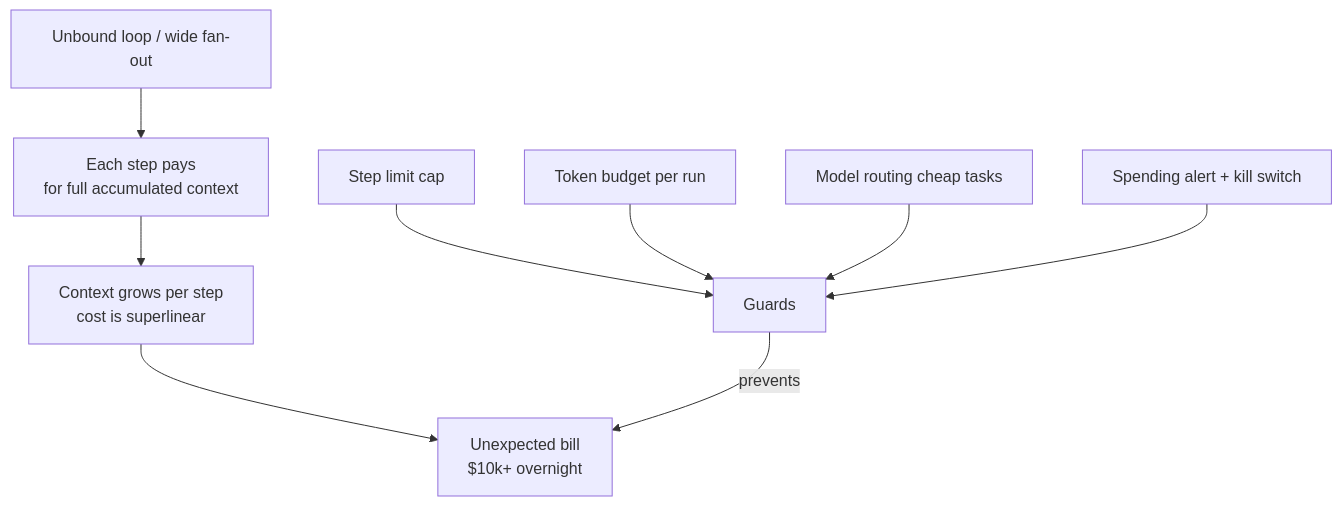
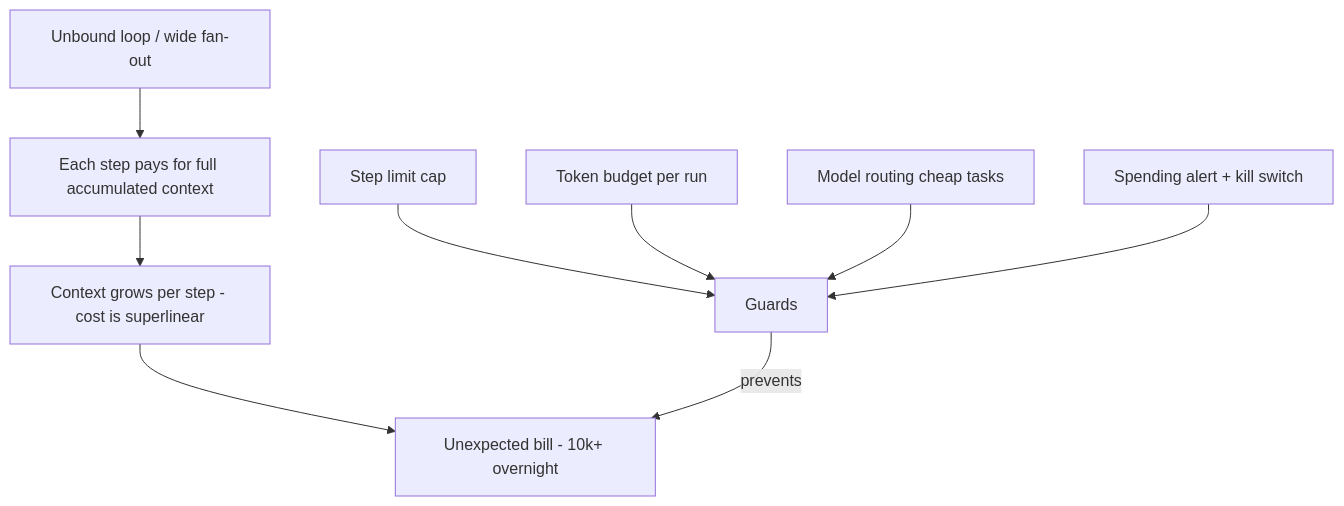
Before and after one commit to gauravprwl14/system-design-course: the first of 2 diagrams in docs-site/content/13-agent-workflows/failures/cost-runaway.md, drawn with Mermaid. The commit also changed other lines of this file and 125 other files, not shown here.

````diff
--- a/docs-site/content/13-agent-workflows/failures/cost-runaway.md
+++ b/docs-site/content/13-agent-workflows/failures/cost-runaway.md
@@ -26,12 +26,12 @@
 ```mermaid
 flowchart TD
-    TRIGGER[Unbound loop / wide fan-out] --> STEP[Each step pays\nfor full accumulated context]
-    STEP --> GROW[Context grows per step\ncost is superlinear]
-    GROW --> BILL[Unexpected bill\n$10k+ overnight]
+    TRIGGER[Unbound loop / wide fan-out] --> STEP[Each step pays for full accumulated context]
+    STEP --> GROW[Context grows per step - cost is superlinear]
+    GROW --> BILL[Unexpected bill - 10k+ overnight]
 
     FIX1[Step limit cap] --> GUARD[Guards]
     FIX2[Token budget per run] --> GUARD
     FIX3[Model routing cheap tasks] --> GUARD
     FIX4[Spending alert + kill switch] --> GUARD
     GUARD -->|prevents| BILL
 ```
````
